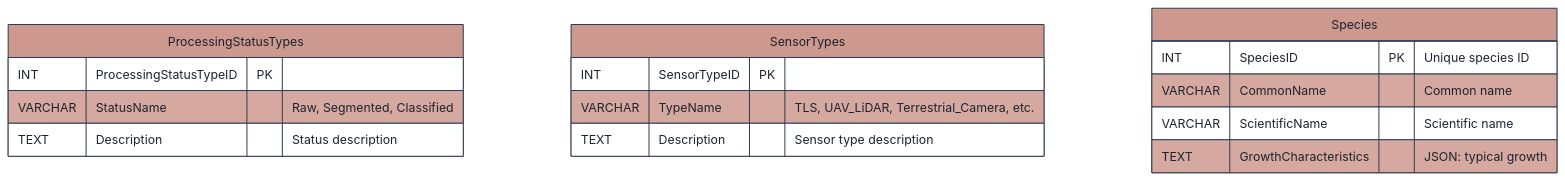
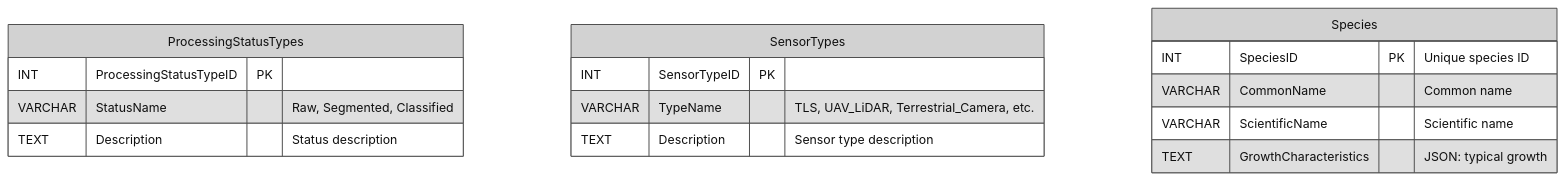
The first of 6 diagrams in docs/architecture/database-design.md (XRFutureForests/digital-twin-db), drawn with Mermaid before and after one commit. The commit also changed other lines of this file and 13 other files, not shown here.

````diff
--- a/docs/architecture/database-design.md
+++ b/docs/architecture/database-design.md
@@ -15,40 +40,40 @@
 ```mermaid
 %%{
   init: {
     'theme': 'base',
     'themeVariables': {
       'background': '#FFFFFF',
       'fontFamily': 'verdana',
-      'lineColor': '#ad5643',
-      'primaryColor': '#cd998e',
-      'primaryTextColor': '#1d242f',
-      'primaryBorderColor': '#313d4f',
-      'secondaryColor': '#d6aaa1',
-      'secondaryTextColor': '#1d242f',
-      'secondaryBorderColor': '#ad5643',
-      'tertiaryColor': '#d5d8db',
-      'tertiaryTextColor': '#1d242f',
-      'tertiaryBorderColor': '#313d4f'
+      'lineColor': '#313d4f',
+      'primaryColor': '#d2d2d2',
+      'primaryTextColor': '#0f0f0f',
+      'primaryBorderColor': '#505050',
+      'secondaryColor': '#8e8e8e',
+      'secondaryTextColor': '#0f0f0f',
+      'secondaryBorderColor': '#505050',
+      'tertiaryColor': '#e6e6e6',
+      'tertiaryTextColor': '#0f0f0f',
+      'tertiaryBorderColor': '#8e8e8e'
     }
   }
 }%%
 erDiagram
     ProcessingStatusTypes {
         INT ProcessingStatusTypeID PK
         VARCHAR StatusName "Raw, Segmented, Classified"
         TEXT Description "Status description"
     }
 
     SensorTypes {
         INT SensorTypeID PK
         VARCHAR TypeName "TLS, UAV_LiDAR, Terrestrial_Camera, etc."
         TEXT Description "Sensor type description"
     }
 
     Species {
         INT SpeciesID PK "Unique species ID"
         VARCHAR CommonName "Common name"
         VARCHAR ScientificName "Scientific name"
         TEXT GrowthCharacteristics "JSON: typical growth"
     }
 ```
````
